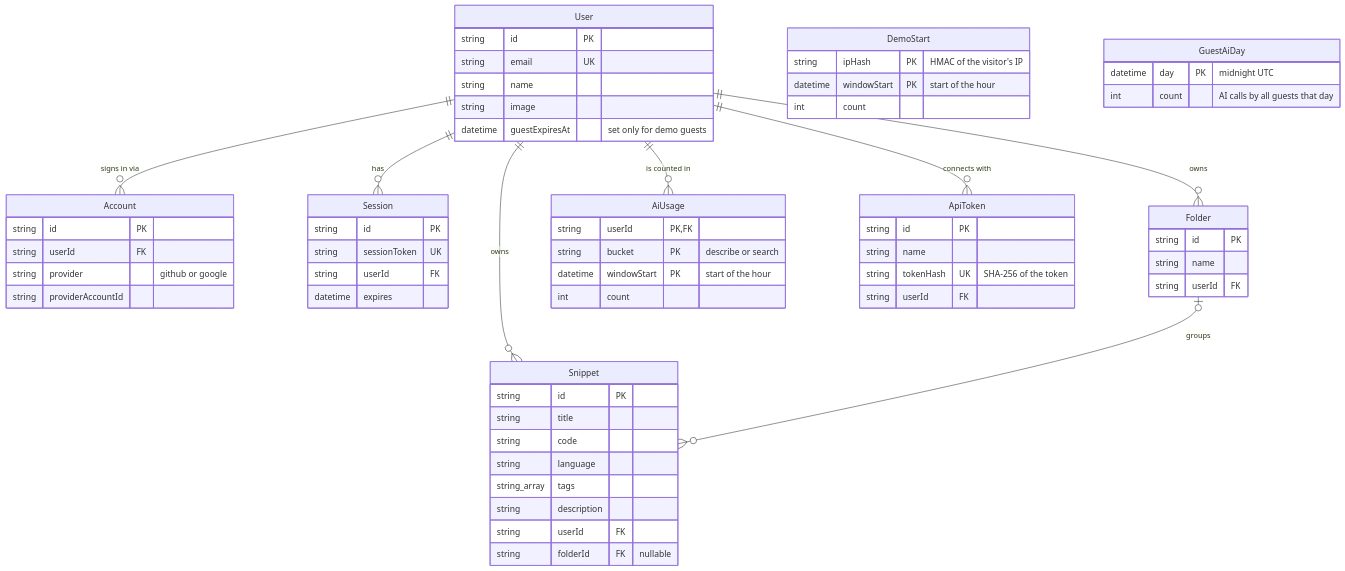
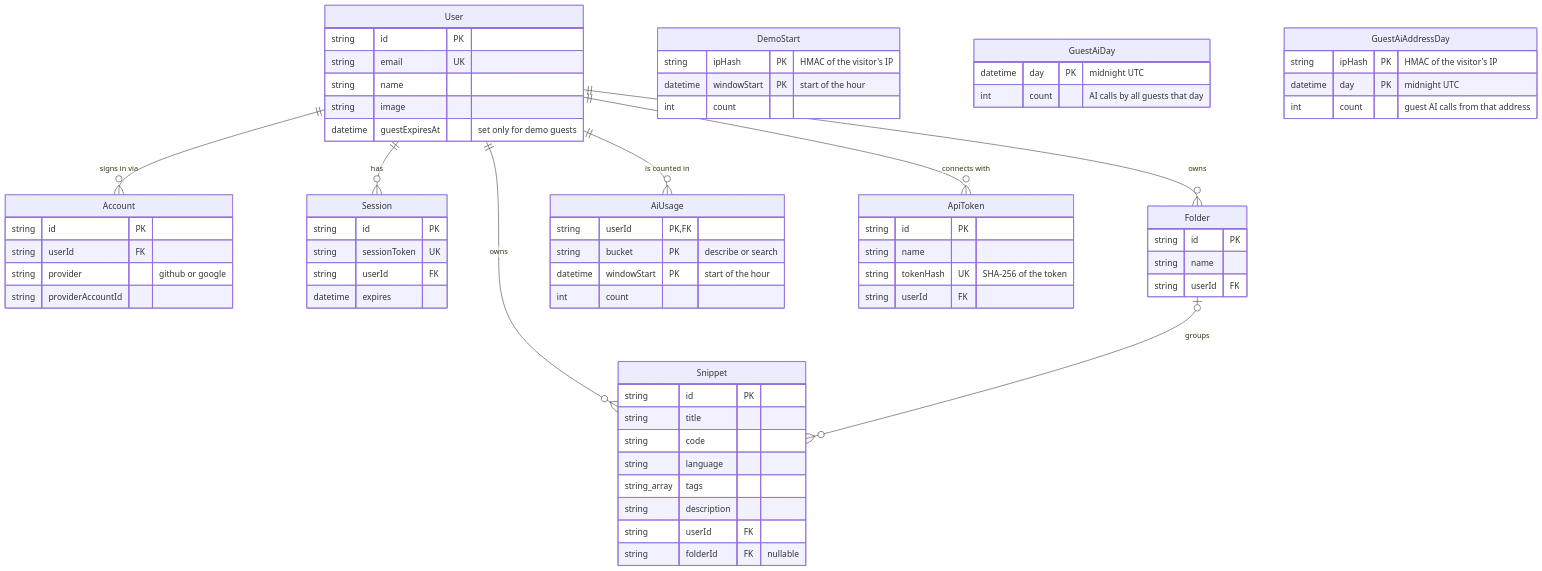
One commit to RyanDanielWalker/snippr changed the third of 4 diagrams in docs/ARCHITECTURE.md. Above: the diagram before and after it, drawn with Mermaid. The commit also changed other lines of this file and 4 other files, not shown here.

````diff
--- a/docs/ARCHITECTURE.md
+++ b/docs/ARCHITECTURE.md
@@ -125,66 +125,71 @@
 ```mermaid
 erDiagram
     User ||--o{ Account : "signs in via"
     User ||--o{ Session : "has"
     User ||--o{ Snippet : "owns"
     User ||--o{ Folder : "owns"
     User ||--o{ AiUsage : "is counted in"
     User ||--o{ ApiToken : "connects with"
     Folder |o--o{ Snippet : "groups"
 
     User {
         string id PK
         string email UK
         string name
         string image
         datetime guestExpiresAt "set only for demo guests"
     }
     DemoStart {
         string ipHash PK "HMAC of the visitor's IP"
         datetime windowStart PK "start of the hour"
         int count
     }
     GuestAiDay {
         datetime day PK "midnight UTC"
         int count "AI calls by all guests that day"
+    }
+    GuestAiAddressDay {
+        string ipHash PK "HMAC of the visitor's IP"
+        datetime day PK "midnight UTC"
+        int count "guest AI calls from that address"
     }
     Account {
         string id PK
         string userId FK
         string provider "github or google"
         string providerAccountId
     }
     Session {
         string id PK
         string sessionToken UK
         string userId FK
         datetime expires
     }
     Folder {
         string id PK
         string name
         string userId FK
     }
     ApiToken {
         string id PK
         string name
         string tokenHash UK "SHA-256 of the token"
         string userId FK
     }
     AiUsage {
         string userId PK, FK
         string bucket PK "describe or search"
         datetime windowStart PK "start of the hour"
         int count
     }
     Snippet {
         string id PK
         string title
         string code
         string language
         string_array tags
         string description
         string userId FK
         string folderId FK "nullable"
     }
 ```
````
